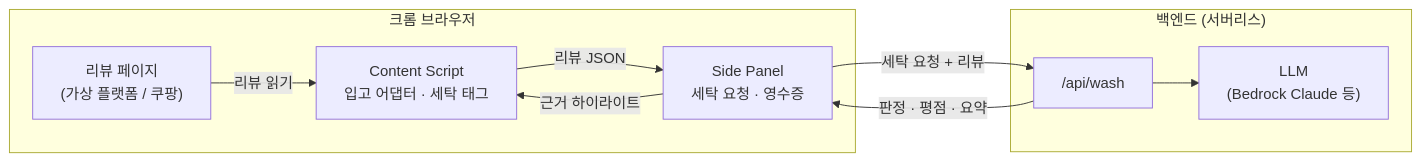
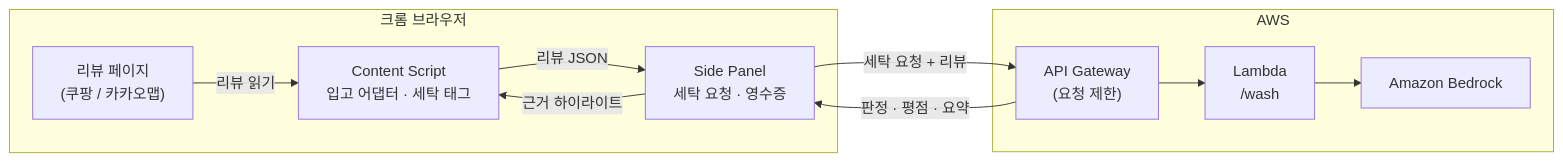
One commit to beblack127/GyuTam changed the diagram in README.md. Above: the diagram before and after it, drawn with Mermaid. The commit also changed other lines of this file and 26 other files, not shown here.

Commit message:
docs: 쿠팡·카카오맵 + AWS 구조로 README, steering, 폴더 정리

````diff
--- a/README.md
+++ b/README.md
@@ -69,18 +96,18 @@
 ```mermaid
 flowchart LR
   subgraph Browser["크롬 브라우저"]
-    P["리뷰 페이지<br/>(가상 플랫폼 / 쿠팡)"]
+    P["리뷰 페이지<br/>(쿠팡 / 카카오맵)"]
     CS["Content Script<br/>입고 어댑터 · 세탁 태그"]
     SP["Side Panel<br/>세탁 요청 · 영수증"]
   end
-  subgraph Server["백엔드 (서버리스)"]
-    API["/api/wash"]
-    LLM["LLM<br/>(Bedrock Claude 등)"]
+  subgraph AWS["AWS"]
+    GW["API Gateway<br/>(요청 제한)"]
+    L["Lambda<br/>/wash"]
+    BR["Amazon Bedrock"]
   end
   P -->|리뷰 읽기| CS
   CS -->|리뷰 JSON| SP
-  SP -->|세탁 요청 + 리뷰| API
-  API --> LLM
-  API -->|판정 · 평점 · 요약| SP
+  SP -->|세탁 요청 + 리뷰| GW --> L --> BR
+  GW -->|판정 · 평점 · 요약| SP
   SP -->|근거 하이라이트| CS
 ```
````
